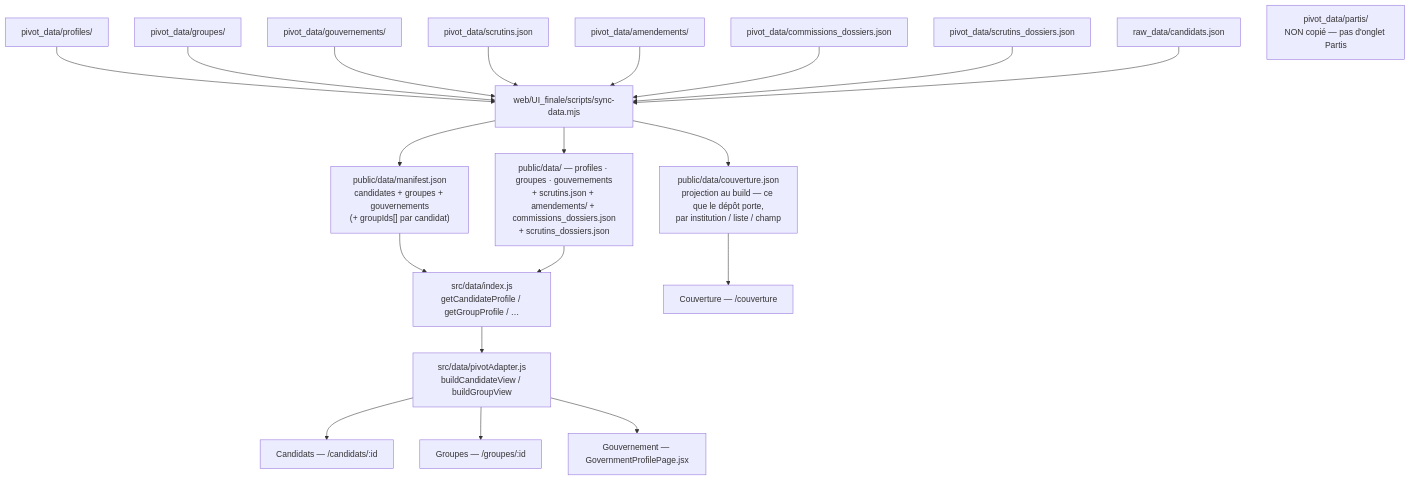
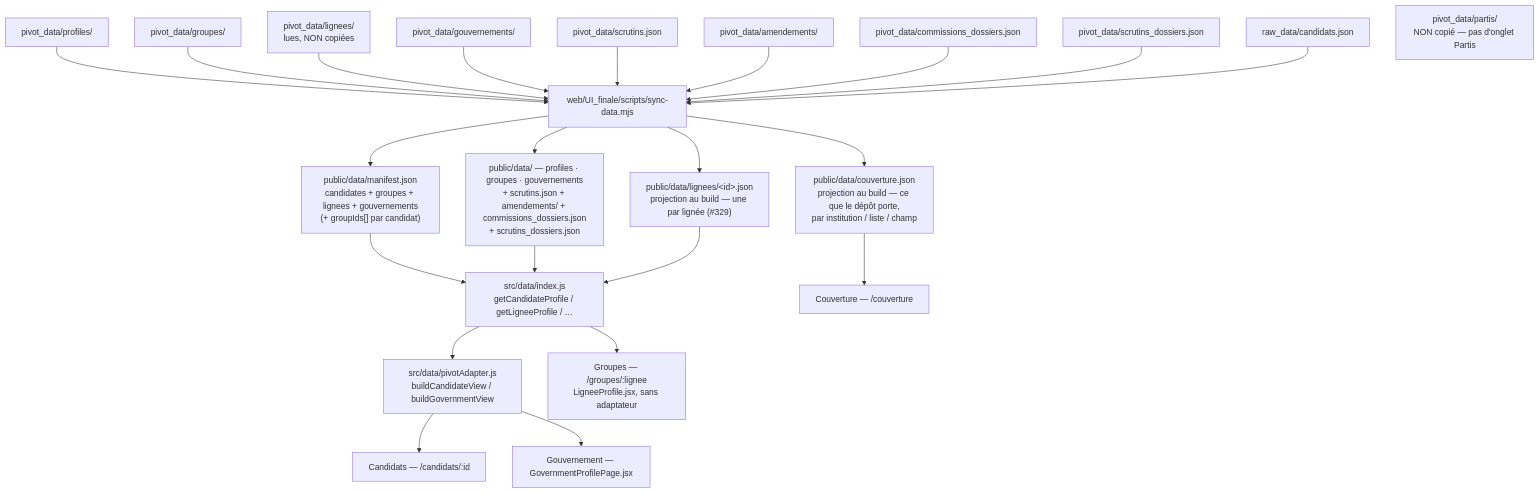
The second of 2 diagrams in docs/data-architecture.md (stephieED/Empreinte-politique-src), drawn with Mermaid before and after one commit. The commit also changed other lines of this file and 6 other files, not shown here.

````diff
--- a/docs/data-architecture.md
+++ b/docs/data-architecture.md
@@ -805,24 +805,27 @@
 ```mermaid
 graph TD
     PIV["pivot_data/profiles/"] --> SYNC["web/UI_finale/scripts/sync-data.mjs"]
     PGR["pivot_data/groupes/"] --> SYNC
+    PLI["pivot_data/lignees/<br/>lues, NON copiées"] --> SYNC
     PGO["pivot_data/gouvernements/"] --> SYNC
     SCR["pivot_data/scrutins.json"] --> SYNC
     AMD["pivot_data/amendements/"] --> SYNC
     COM["pivot_data/commissions_dossiers.json"] --> SYNC
     SDO["pivot_data/scrutins_dossiers.json"] --> SYNC
     CAND["raw_data/candidats.json"] --> SYNC
     PAR["pivot_data/partis/<br/>NON copié — pas d'onglet Partis"]
 
-    SYNC --> MAN["public/data/manifest.json<br/>candidates + groupes + gouvernements<br/>(+ groupIds[] par candidat)"]
+    SYNC --> MAN["public/data/manifest.json<br/>candidates + groupes + lignees + gouvernements<br/>(+ groupIds[] par candidat)"]
     SYNC --> PUB["public/data/ — profiles · groupes · gouvernements<br/>+ scrutins.json + amendements/ + commissions_dossiers.json<br/>+ scrutins_dossiers.json"]
     SYNC --> CVR["public/data/couverture.json<br/>projection au build — ce que le dépôt porte,<br/>par institution / liste / champ"]
+    SYNC --> VLI["public/data/lignees/&lt;id&gt;.json<br/>projection au build — une par lignée (#329)"]
 
-    MAN --> IDX["src/data/index.js<br/>getCandidateProfile / getGroupProfile / …"]
+    MAN --> IDX["src/data/index.js<br/>getCandidateProfile / getLigneeProfile / …"]
     PUB --> IDX
-    IDX --> ADP["src/data/pivotAdapter.js<br/>buildCandidateView / buildGroupView"]
+    VLI --> IDX
+    IDX --> ADP["src/data/pivotAdapter.js<br/>buildCandidateView / buildGovernmentView"]
     ADP --> VC["Candidats — /candidats/:id"]
-    ADP --> VG["Groupes — /groupes/:id"]
+    IDX --> VG["Groupes — /groupes/:lignee<br/>LigneeProfile.jsx, sans adaptateur"]
     ADP --> VO["Gouvernement — GovernmentProfilePage.jsx"]
     CVR --> VCV["Couverture — /couverture"]
 ```
````
